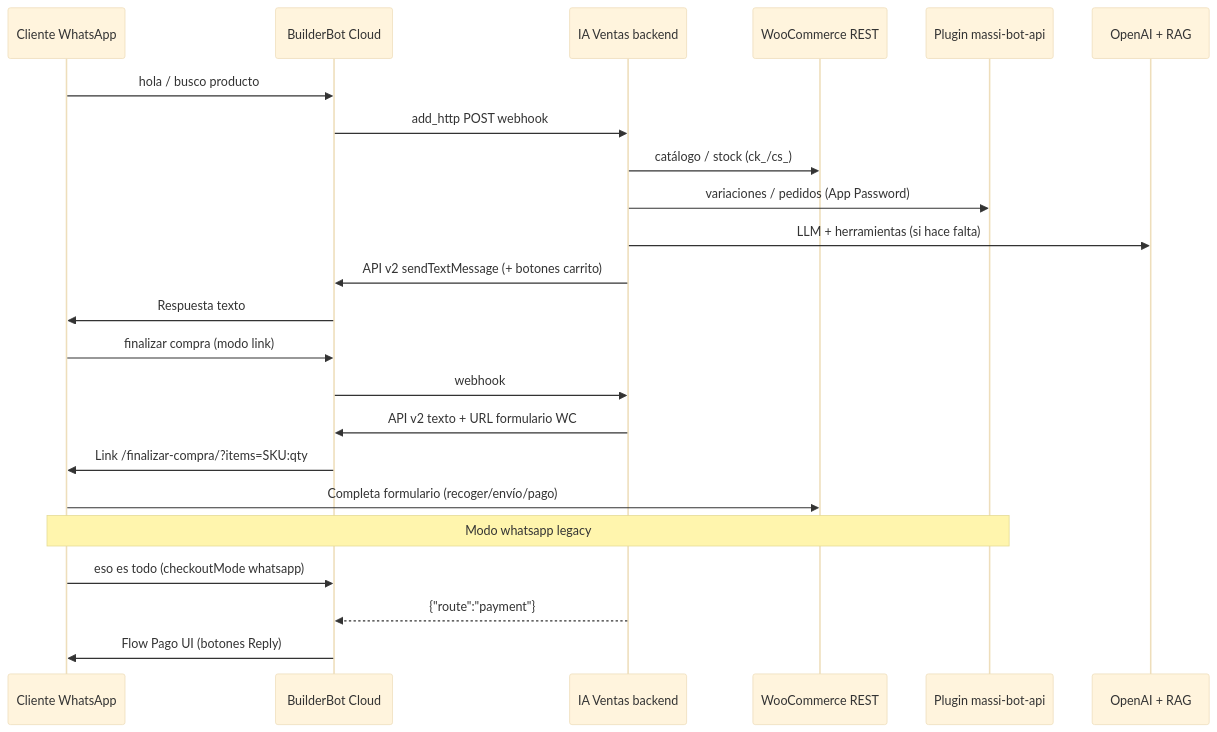
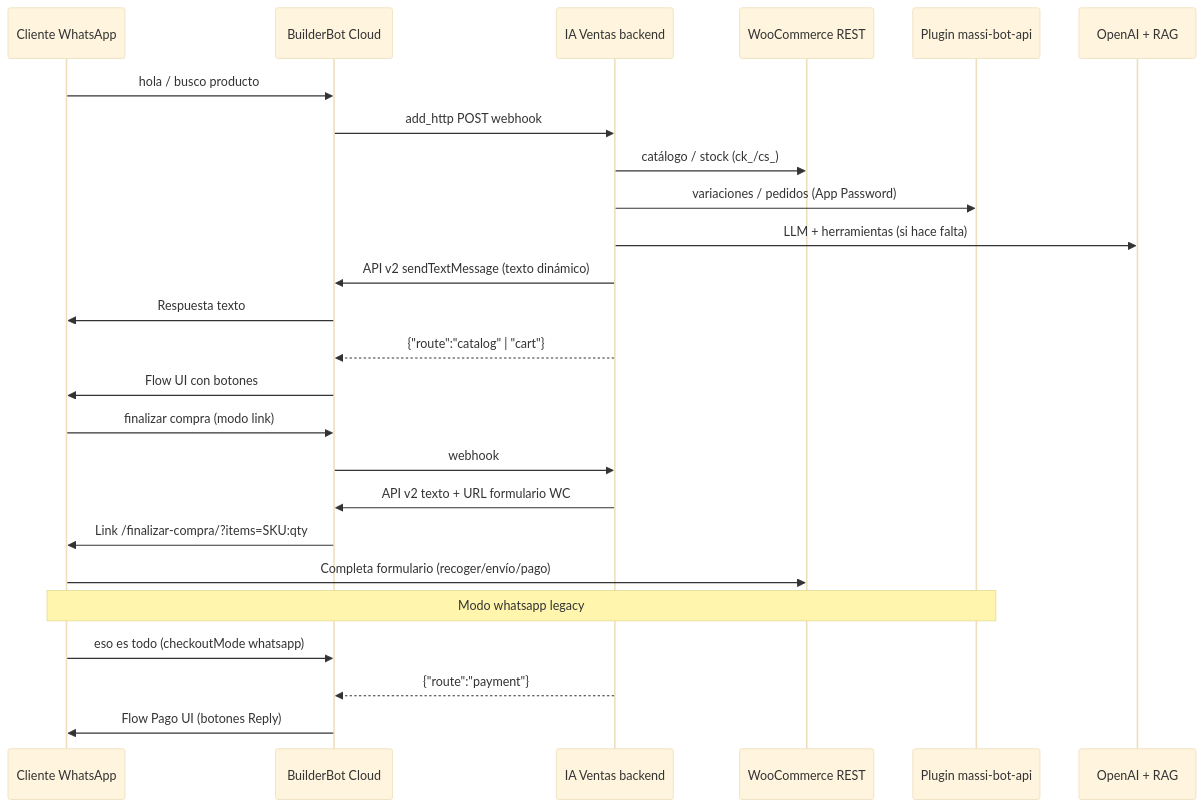
Before and after one commit to StikW/IA-Ventas-B: the first of 2 diagrams in docs/whatsapp-massi.md, drawn with Mermaid (base theme). The commit also changed other lines of this file and 11 other files, not shown here.

````diff
--- a/docs/whatsapp-massi.md
+++ b/docs/whatsapp-massi.md
@@ -11,28 +11,30 @@
 ```mermaid
 sequenceDiagram
   participant C as Cliente WhatsApp
   participant BBC as BuilderBot Cloud
   participant API as IA Ventas backend
   participant WC as WooCommerce REST
   participant MASSI as Plugin massi-bot-api
   participant IA as OpenAI + RAG
 
   C->>BBC: hola / busco producto
   BBC->>API: add_http POST webhook
   API->>WC: catálogo / stock (ck_/cs_)
   API->>MASSI: variaciones / pedidos (App Password)
   API->>IA: LLM + herramientas (si hace falta)
-  API->>BBC: API v2 sendTextMessage (+ botones carrito)
+  API->>BBC: API v2 sendTextMessage (texto dinámico)
   BBC->>C: Respuesta texto
+  API-->>BBC: {"route":"catalog" | "cart"}
+  BBC->>C: Flow UI con botones
 
   C->>BBC: finalizar compra (modo link)
   BBC->>API: webhook
   API->>BBC: API v2 texto + URL formulario WC
   BBC->>C: Link /finalizar-compra/?items=SKU:qty
   C->>WC: Completa formulario (recoger/envío/pago)
 
   Note over C,MASSI: Modo whatsapp legacy
   C->>BBC: eso es todo (checkoutMode whatsapp)
   API-->>BBC: {"route":"payment"}
   BBC->>C: Flow Pago UI (botones Reply)
 ```
````
